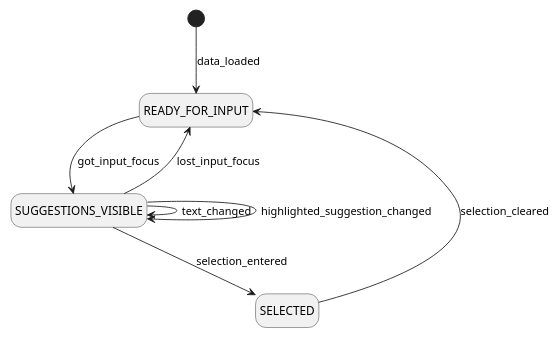
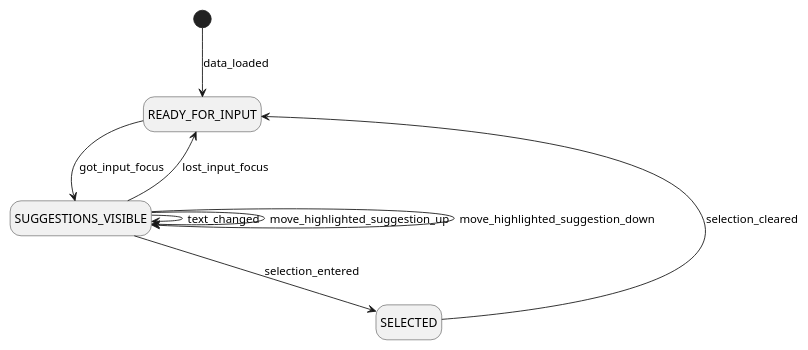
The diagram in docs/typeahead-fsm.puml (vocaltech/typeahead-fsm-typescript), drawn with PlantUML before and after one commit. The commit also changed 2 other files, not shown here.

Commit message:
Replace highlighted_suggestion_changed

```diff
--- a/docs/typeahead-fsm.puml
+++ b/docs/typeahead-fsm.puml
@@ -1,13 +1,14 @@
 @startuml typeahead-fsm-state-diagram
-scale 550 width
+scale 800 width
 hide empty description
 
 [*] --> READY_FOR_INPUT: data_loaded
 READY_FOR_INPUT --> SUGGESTIONS_VISIBLE: got_input_focus
 SUGGESTIONS_VISIBLE --> READY_FOR_INPUT: lost_input_focus
 SUGGESTIONS_VISIBLE --> SUGGESTIONS_VISIBLE: text_changed
-SUGGESTIONS_VISIBLE --> SUGGESTIONS_VISIBLE: highlighted_suggestion_changed
+SUGGESTIONS_VISIBLE --> SUGGESTIONS_VISIBLE: move_highlighted_suggestion_up
+SUGGESTIONS_VISIBLE --> SUGGESTIONS_VISIBLE: move_highlighted_suggestion_down
 SUGGESTIONS_VISIBLE --> SELECTED: selection_entered
 SELECTED --> READY_FOR_INPUT: selection_cleared
 
 @enduml
```
